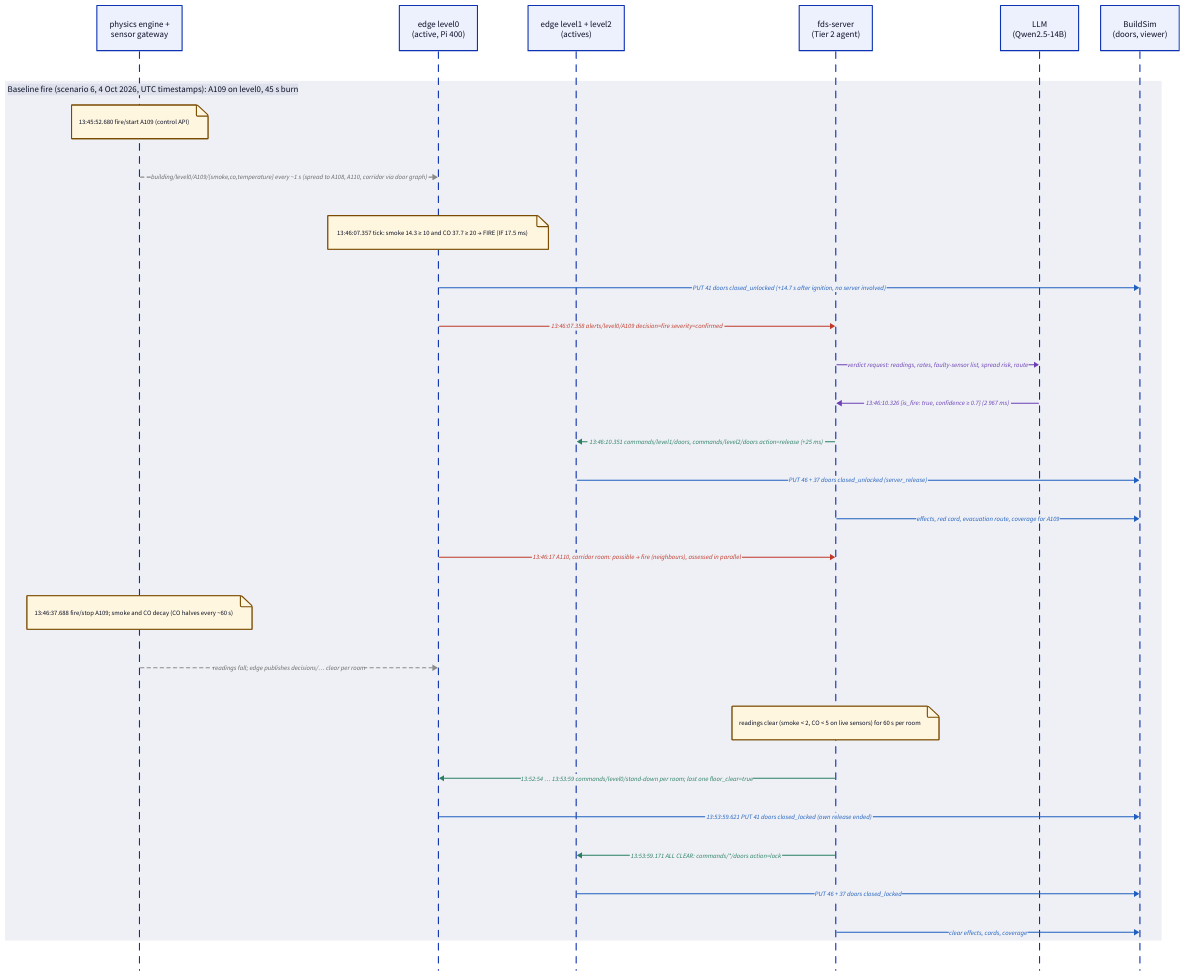
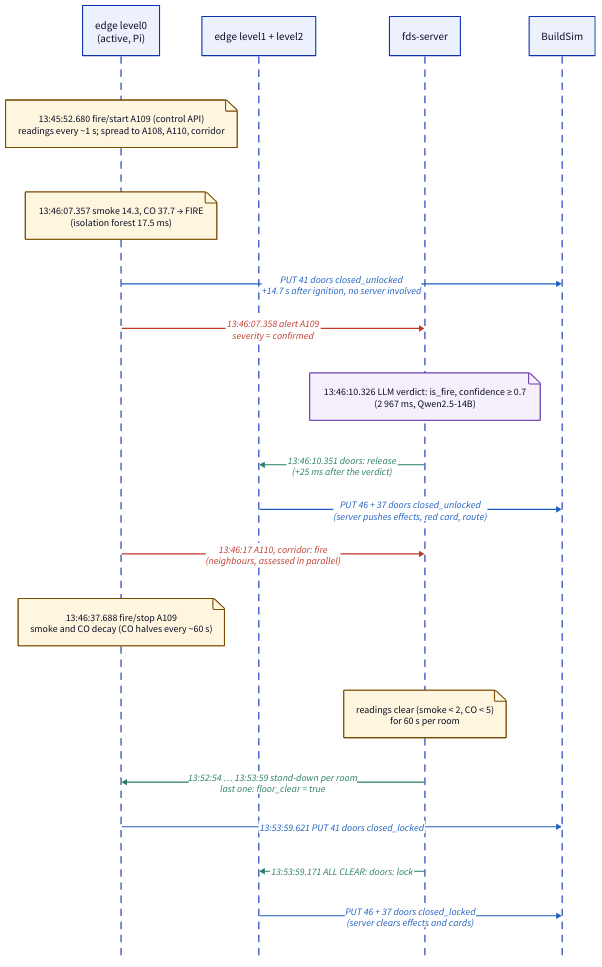
Before and after one commit to applied-ai-ltu/d7065e: the diagram in docs/diagrams/03c-fire-baseline.d2, drawn with D2. The commit also changed 5 other files, not shown here.

Commit message:
docs: baseline sequence diagram redrawn with four lifelines for print

```diff
--- a/docs/diagrams/03c-fire-baseline.d2
+++ b/docs/diagrams/03c-fire-baseline.d2
@@ -1,39 +1,30 @@
 shape: sequence_diagram
 
 classes: {
-  hb: {style: {stroke: "#8a8a8a"; stroke-dash: 3; font-size: 12; font-color: "#666"}}
-  alert: {style: {stroke: "#c0392b"; font-color: "#c0392b"; font-size: 12}}
-  cmd: {style: {stroke: "#2a7f62"; font-color: "#2a7f62"; font-size: 12}}
-  rest: {style: {stroke: "#1f5fbf"; font-color: "#1f5fbf"; font-size: 12}}
-  llm: {style: {stroke: "#6c3fb5"; font-color: "#6c3fb5"; font-size: 12}}
-  note: {style: {font-size: 12; fill: "#fff6e0"; stroke: "#7a4b00"}}
+  alert: {style: {stroke: "#c0392b"; font-color: "#c0392b"; font-size: 18}}
+  cmd: {style: {stroke: "#2a7f62"; font-color: "#2a7f62"; font-size: 18}}
+  rest: {style: {stroke: "#1f5fbf"; font-color: "#1f5fbf"; font-size: 18}}
+  note: {style: {font-size: 18; fill: "#fff6e0"; stroke: "#7a4b00"}}
+  llmnote: {style: {font-size: 18; fill: "#f6f0fc"; stroke: "#6c3fb5"}}
+  actor: {style: {font-size: 20}}
 }
 
-physics: "physics engine +\nsensor gateway"
-edge0: "edge level0\n(active, Pi 400)"
-edge12: "edge level1 + level2\n(actives)"
-server: "fds-server\n(Tier 2 agent)"
-llm: "LLM\n(Qwen2.5-14B)"
-buildsim: "BuildSim\n(doors, viewer)"
+edge0: "edge level0\n(active, Pi)" {class: actor}
+edge12: "edge level1 + level2" {class: actor}
+server: "fds-server" {class: actor}
+buildsim: "BuildSim" {class: actor}
 
-A: "Baseline fire (scenario 6, 4 Oct 2026, UTC timestamps): A109 on level0, 45 s burn" {
-  physics."13:45:52.680  fire/start A109 (control API)" {class: note}
-  physics -> edge0: "building/level0/A109/{smoke,co,temperature} every ~1 s (spread to A108, A110, corridor via door graph)" {class: hb}
-  edge0."13:46:07.357  tick: smoke 14.3 ≥ 10 and CO 37.7 ≥ 20 → FIRE  (IF 17.5 ms)" {class: note}
-  edge0 -> buildsim: "PUT 41 doors closed_unlocked  (+14.7 s after ignition, no server involved)" {class: rest}
-  edge0 -> server: "13:46:07.358  alerts/level0/A109  decision=fire severity=confirmed" {class: alert}
-  server -> llm: "verdict request: readings, rates, faulty-sensor list, spread risk, route" {class: llm}
-  llm -> server: "13:46:10.326  {is_fire: true, confidence ≥ 0.7}  (2 967 ms)" {class: llm}
-  server -> edge12: "13:46:10.351  commands/level1/doors, commands/level2/doors  action=release  (+25 ms)" {class: cmd}
-  edge12 -> buildsim: "PUT 46 + 37 doors closed_unlocked  (server_release)" {class: rest}
-  server -> buildsim: "effects, red card, evacuation route, coverage for A109" {class: rest}
-  edge0 -> server: "13:46:17  A110, corridor room: possible → fire (neighbours), assessed in parallel" {class: alert}
-  physics."13:46:37.688  fire/stop A109; smoke and CO decay (CO halves every ~60 s)" {class: note}
-  physics -> edge0: "readings fall; edge publishes decisions/… clear per room" {class: hb}
-  server."readings clear (smoke < 2, CO < 5 on live sensors) for 60 s per room" {class: note}
-  server -> edge0: "13:52:54 … 13:53:59  commands/level0/stand-down per room; last one floor_clear=true" {class: cmd}
-  edge0 -> buildsim: "13:53:59.621  PUT 41 doors closed_locked  (own release ended)" {class: rest}
-  server -> edge12: "13:53:59.171  ALL CLEAR: commands/*/doors action=lock" {class: cmd}
-  edge12 -> buildsim: "PUT 46 + 37 doors closed_locked" {class: rest}
-  server -> buildsim: "clear effects, cards, coverage" {class: rest}
-}
+edge0."13:45:52.680  fire/start A109 (control API)\nreadings every ~1 s; spread to A108, A110, corridor" {class: note}
+edge0."13:46:07.357  smoke 14.3, CO 37.7 → FIRE\n(isolation forest 17.5 ms)" {class: note}
+edge0 -> buildsim: "PUT 41 doors closed_unlocked\n+14.7 s after ignition, no server involved" {class: rest}
+edge0 -> server: "13:46:07.358  alert A109\nseverity = confirmed" {class: alert}
+server."13:46:10.326  LLM verdict: is_fire, confidence ≥ 0.7\n(2 967 ms, Qwen2.5-14B)" {class: llmnote}
+server -> edge12: "13:46:10.351  doors: release\n(+25 ms after the verdict)" {class: cmd}
+edge12 -> buildsim: "PUT 46 + 37 doors closed_unlocked\n(server pushes effects, red card, route)" {class: rest}
+edge0 -> server: "13:46:17  A110, corridor: fire\n(neighbours, assessed in parallel)" {class: alert}
+edge0."13:46:37.688  fire/stop A109\nsmoke and CO decay (CO halves every ~60 s)" {class: note}
+server."readings clear (smoke < 2, CO < 5)\nfor 60 s per room" {class: note}
+server -> edge0: "13:52:54 … 13:53:59  stand-down per room\nlast one: floor_clear = true" {class: cmd}
+edge0 -> buildsim: "13:53:59.621  PUT 41 doors closed_locked" {class: rest}
+server -> edge12: "13:53:59.171  ALL CLEAR: doors: lock" {class: cmd}
+edge12 -> buildsim: "PUT 46 + 37 doors closed_locked\n(server clears effects and cards)" {class: rest}
```
